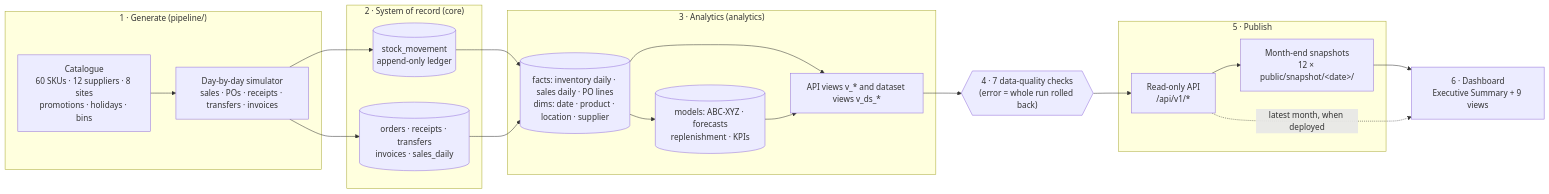
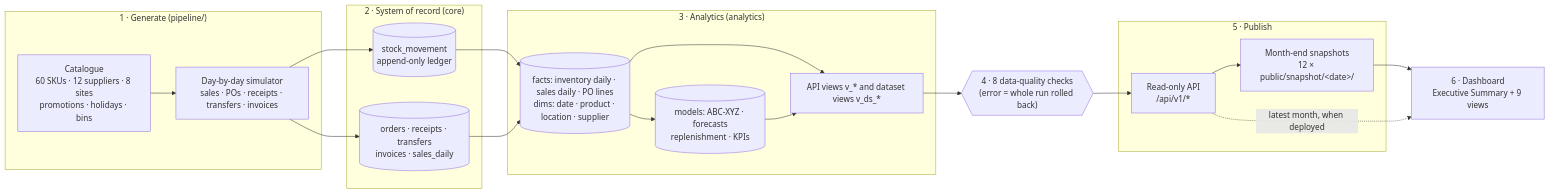
Before and after one commit to avixd/retail-inventory-app: the diagram in docs/backend/data-pipeline.md, drawn with Mermaid. The commit also changed other lines of this file and 5 other files, not shown here.

````diff
--- a/docs/backend/data-pipeline.md
+++ b/docs/backend/data-pipeline.md
@@ -7,28 +7,28 @@
 ```mermaid
 flowchart LR
     subgraph Gen["1 · Generate (pipeline/)"]
         Cat["Catalogue<br/>60 SKUs · 12 suppliers · 8 sites<br/>promotions · holidays · bins"]
         Sim["Day-by-day simulator<br/>sales · POs · receipts · transfers · invoices"]
     end
     subgraph Core["2 · System of record (core)"]
         Led[("stock_movement<br/>append-only ledger")]
         Tx[("orders · receipts · transfers<br/>invoices · sales_daily")]
     end
     subgraph An["3 · Analytics (analytics)"]
         Facts[("facts: inventory daily · sales daily · PO lines<br/>dims: date · product · location · supplier")]
         Models[("models: ABC-XYZ · forecasts<br/>replenishment · KPIs")]
         Views["API views v_* and dataset views v_ds_*"]
     end
-    DQ{{"4 · 7 data-quality checks<br/>(error = whole run rolled back)"}}
+    DQ{{"4 · 8 data-quality checks<br/>(error = whole run rolled back)"}}
     subgraph Pub["5 · Publish"]
         API["Read-only API<br/>/api/v1/*"]
         Snap["Month-end snapshots<br/>12 × public/snapshot/&lt;date&gt;/"]
     end
     App["6 · Dashboard<br/>Executive Summary + 9 views"]
 
     Cat --> Sim --> Led & Tx
     Led & Tx --> Facts --> Models
     Facts & Models --> Views
     Views --> DQ --> API --> Snap --> App
     API -. "latest month, when deployed" .-> App
 ```
````
